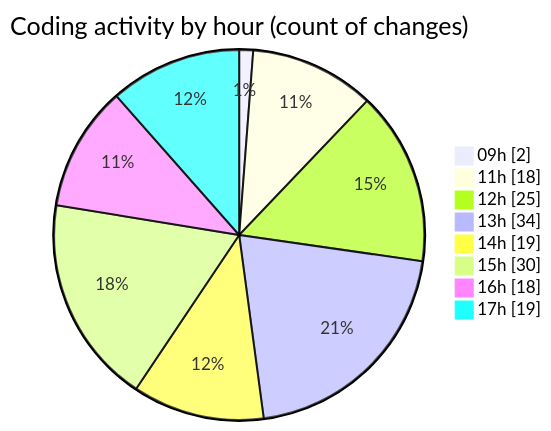
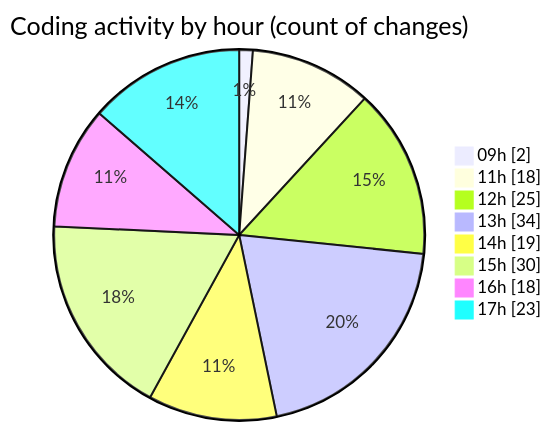
One commit to momahboobian/code-tracking changed the second of 2 diagrams in 2025-06-30/cda/README.md. Above: the diagram before and after it, drawn with Mermaid. The commit also changed other lines of this file and 1 other file, not shown here.

````diff
--- a/2025-06-30/cda/README.md
+++ b/2025-06-30/cda/README.md
@@ -52,12 +52,12 @@
 ```mermaid
 pie showData
 title Coding activity by hour (count of changes)
 "09h" : 2
 "11h" : 18
 "12h" : 25
 "13h" : 34
 "14h" : 19
 "15h" : 30
 "16h" : 18
-"17h" : 19
+"17h" : 23
 ```
````
